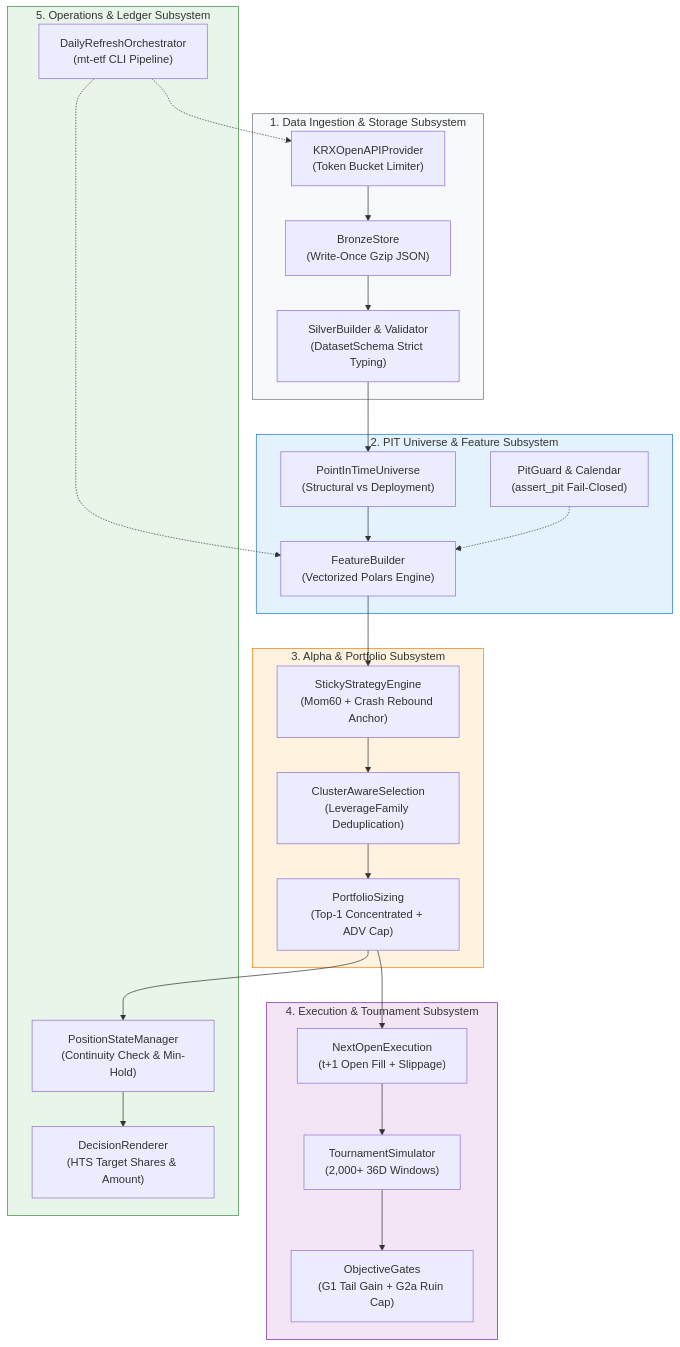
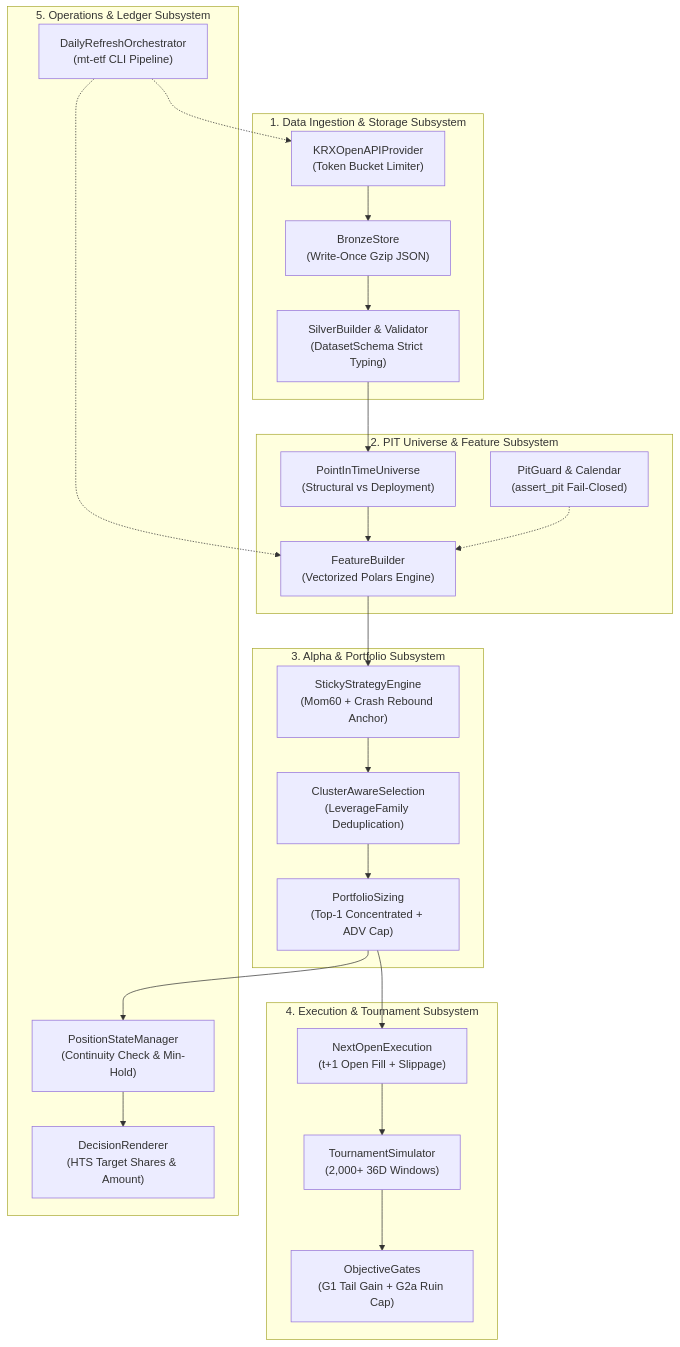
One commit to KTHYEONG/mt-etf-king-2026 changed the diagram in docs/architecture/components.md. Above: the diagram before and after it, drawn with Mermaid. The commit also changed 4 other files, not shown here.

First line of the commit message:
docs: 다이어그램 내 시인성 저해 인라인 스타일 제거

````diff
--- a/docs/architecture/components.md
+++ b/docs/architecture/components.md
@@ -9,49 +9,43 @@
 ```mermaid
 flowchart TD
     subgraph SS1 ["1. Data Ingestion & Storage Subsystem"]
         Provider["KRXOpenAPIProvider\n(Token Bucket Limiter)"] --> Bronze["BronzeStore\n(Write-Once Gzip JSON)"]
         Bronze --> Silver["SilverBuilder & Validator\n(DatasetSchema Strict Typing)"]
     end
 
     subgraph SS2 ["2. PIT Universe & Feature Subsystem"]
         Universe["PointInTimeUniverse\n(Structural vs Deployment)"]
         PITGuard["PitGuard & Calendar\n(assert_pit Fail-Closed)"]
         Features["FeatureBuilder\n(Vectorized Polars Engine)"]
 
         Silver --> Universe --> Features
         PITGuard -.-> Features
     end
 
     subgraph SS3 ["3. Alpha & Portfolio Subsystem"]
         Alpha["StickyStrategyEngine\n(Mom60 + Crash Rebound Anchor)"]
         Selection["ClusterAwareSelection\n(LeverageFamily Deduplication)"]
         Sizing["PortfolioSizing\n(Top-1 Concentrated + ADV Cap)"]
 
         Features --> Alpha --> Selection --> Sizing
     end
 
     subgraph SS4 ["4. Execution & Tournament Subsystem"]
         Execution["NextOpenExecution\n(t+1 Open Fill + Slippage)"]
         Simulator["TournamentSimulator\n(2,000+ 36D Windows)"]
         Gates["ObjectiveGates\n(G1 Tail Gain + G2a Ruin Cap)"]
 
         Sizing --> Execution --> Simulator --> Gates
     end
 
     subgraph SS5 ["5. Operations & Ledger Subsystem"]
         StateManager["PositionStateManager\n(Continuity Check & Min-Hold)"]
         Orchestrator["DailyRefreshOrchestrator\n(mt-etf CLI Pipeline)"]
         Dashboard["DecisionRenderer\n(HTS Target Shares & Amount)"]
 
         Sizing --> StateManager
         Orchestrator -.-> Provider
         Orchestrator -.-> Features
         StateManager --> Dashboard
     end
-
-    style SS1 fill:#f8f9fa,stroke:#6c757d,stroke-width:1px
-    style SS2 fill:#e3f2fd,stroke:#1976d2,stroke-width:1px
-    style SS3 fill:#fff3e0,stroke:#f57c00,stroke-width:1px
-    style SS4 fill:#f3e5f5,stroke:#7b1fa2,stroke-width:1px
-    style SS5 fill:#e8f5e9,stroke:#388e3c,stroke-width:1px
 ```
````
